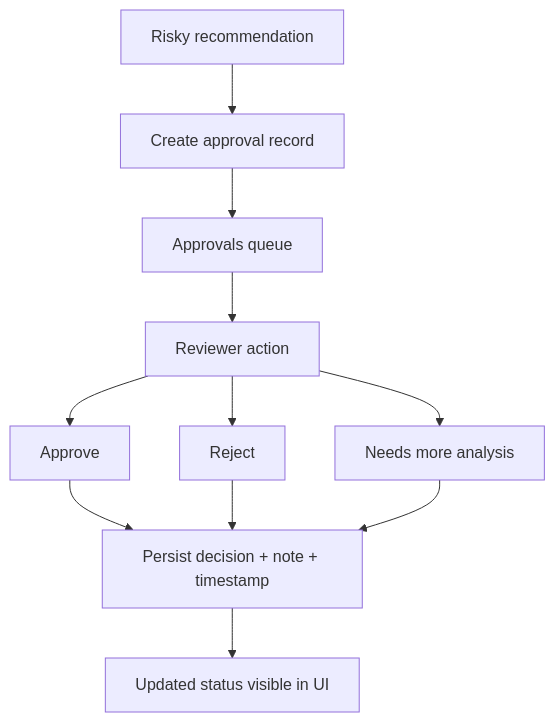
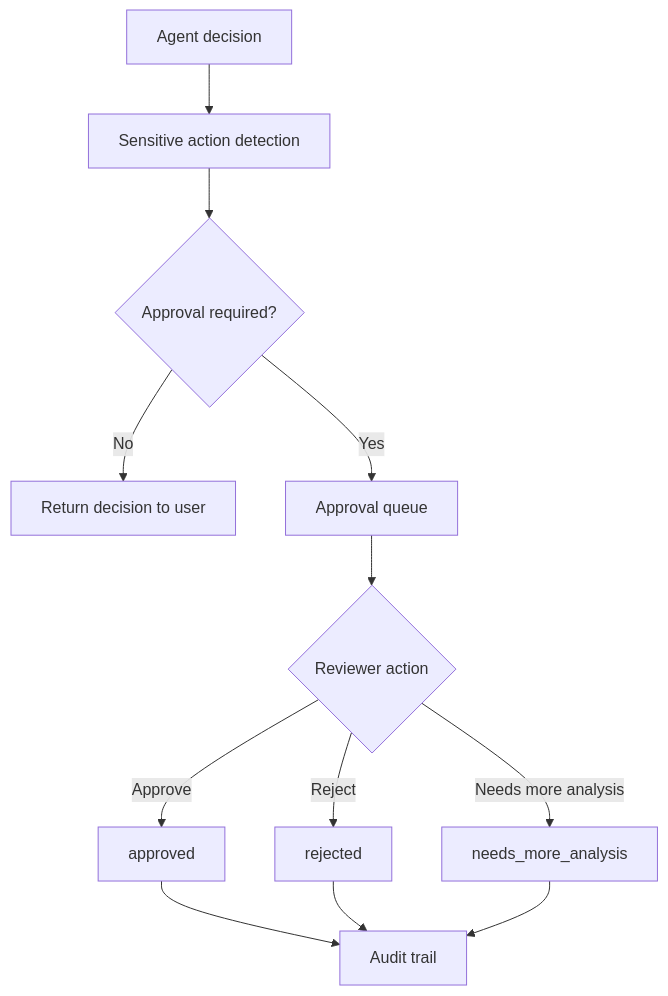
The fourth of 4 diagrams in docs/architecture.md (Fejjii/AlphaLens-AI), drawn with Mermaid before and after one commit. The commit also changed other lines of this file and 93 other files, not shown here.

````diff
--- a/docs/architecture.md
+++ b/docs/architecture.md
@@ -132,13 +76,16 @@
 ```mermaid
 flowchart TD
-    Risky[Risky recommendation] --> Create[Create approval record]
-    Create --> Queue[Approvals queue]
-    Queue --> Reviewer[Reviewer action]
-    Reviewer --> Approve[Approve]
-    Reviewer --> Reject[Reject]
-    Reviewer --> More[Needs more analysis]
-    Approve --> Audit[Persist decision + note + timestamp]
-    Reject --> Audit
-    More --> Audit
-    Audit --> State[Updated status visible in UI]
+    DEC[Agent decision] --> DETECT[Sensitive action detection]
+    DETECT --> REQ{Approval required?}
+    REQ -->|No| PASS[Return decision to user]
+    REQ -->|Yes| QUEUE[Approval queue]
+
+    QUEUE --> ACT{Reviewer action}
+    ACT -->|Approve| APPR[approved]
+    ACT -->|Reject| REJ[rejected]
+    ACT -->|Needs more analysis| NMA[needs_more_analysis]
+
+    APPR --> AUDIT[Audit trail]
+    REJ --> AUDIT
+    NMA --> AUDIT
 ```
````
